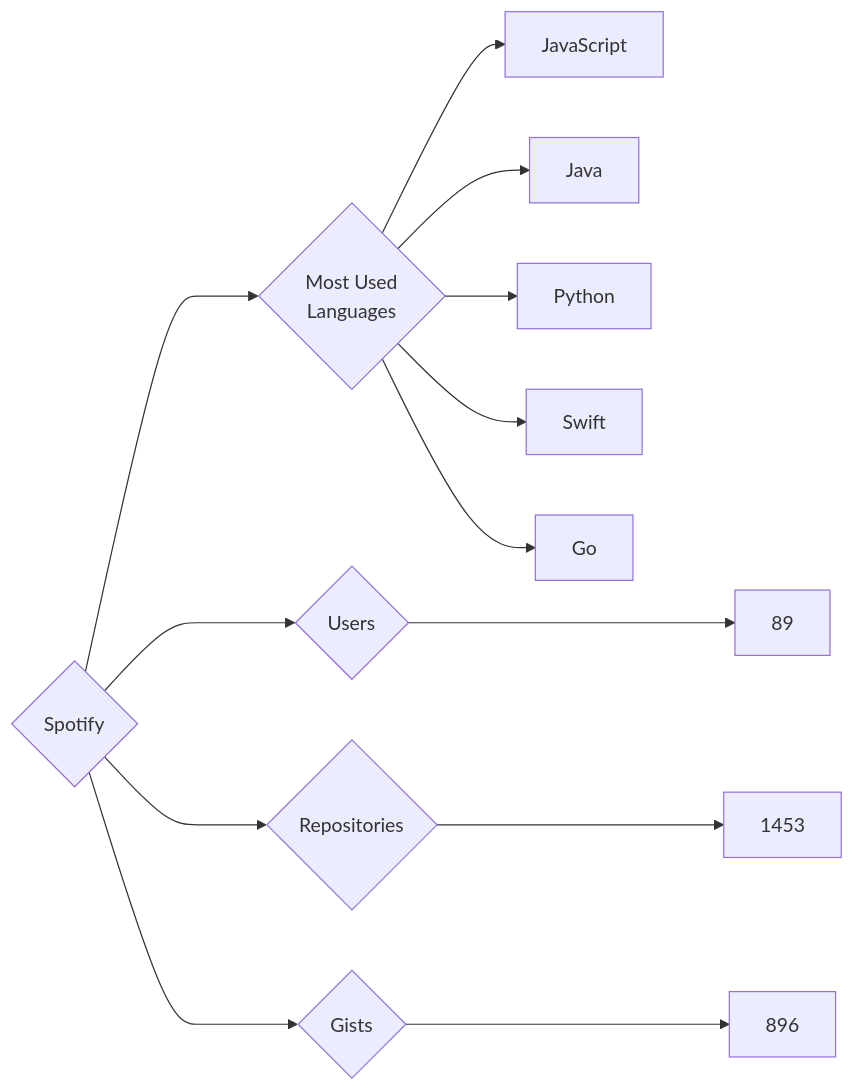
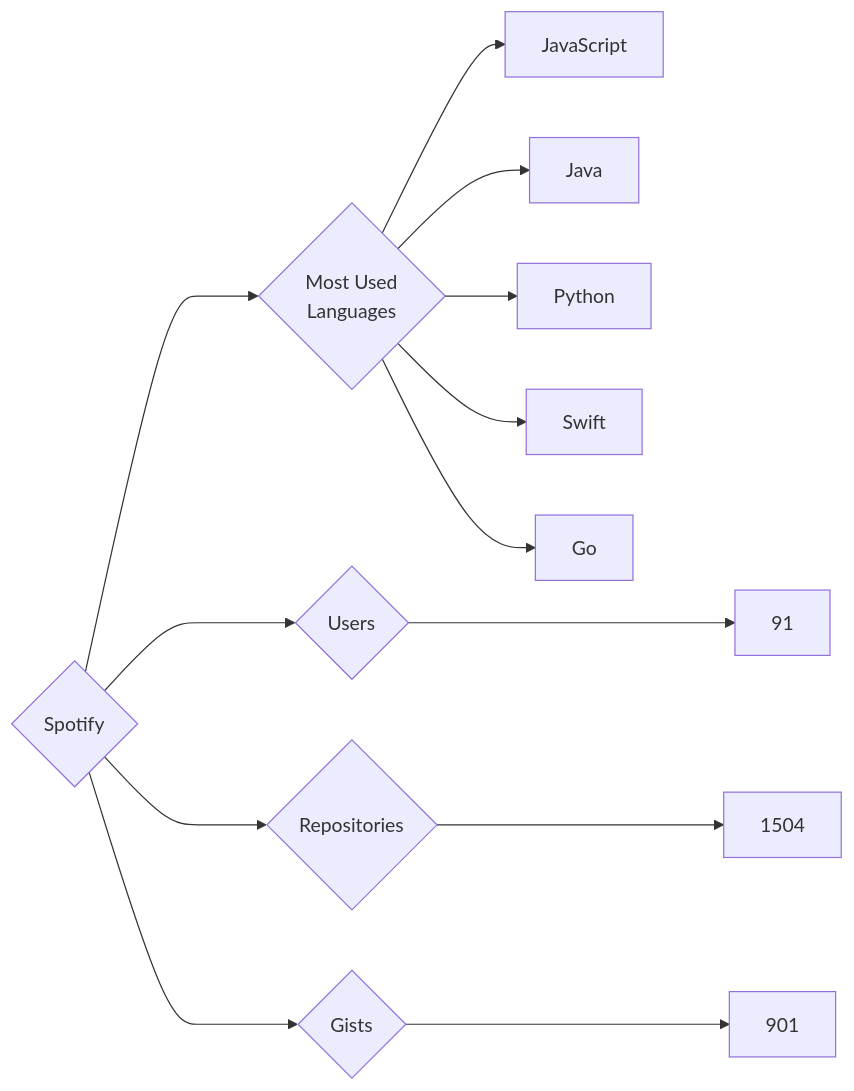
Before and after one commit to trickest/insiders: the diagram in targets/Spotify/README.md, drawn with Mermaid. The commit also changed 870 other files, not shown here.

````diff
--- a/targets/Spotify/README.md
+++ b/targets/Spotify/README.md
@@ -3,13 +3,13 @@
 ```mermaid
 graph LR
 COMPANY_NAME{Spotify}
-COMPANY_NAME ---> U{Users} ---> UN[89]
-COMPANY_NAME ---> R{Repositories} ---> RN[1453]
-COMPANY_NAME ---> G{Gists} ---> GN[896]
+COMPANY_NAME ---> U{Users} ---> UN[91]
+COMPANY_NAME ---> R{Repositories} ---> RN[1504]
+COMPANY_NAME ---> G{Gists} ---> GN[901]
 COMPANY_NAME ---> ML{Most Used<br>Languages}
 ML --> JavaScript[JavaScript]
 ML --> Java[Java]
 ML --> Python[Python]
 ML --> Swift[Swift]
 ML --> Go[Go]
 ```
````
